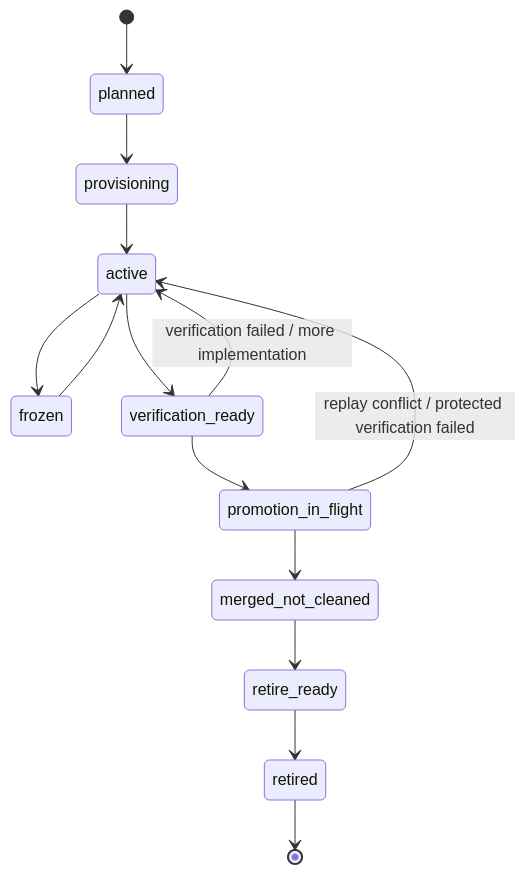
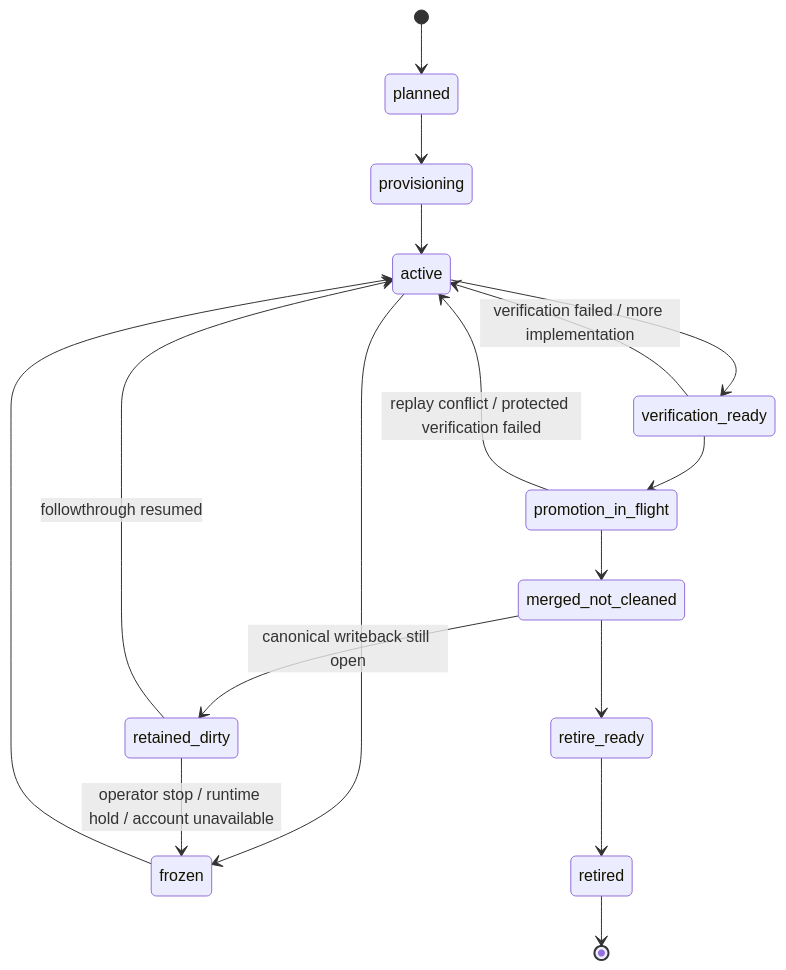
One commit to chatterzhao/freely changed the sixth of 12 diagrams in docs/system/workspace/three-loop-capability-lifecycle.md. Above: the diagram before and after it, drawn with Mermaid. The commit also changed other lines of this file, not shown here.

Commit message:
docs: align three-loop flow with dogfood routing

````diff
--- a/docs/system/workspace/three-loop-capability-lifecycle.md
+++ b/docs/system/workspace/three-loop-capability-lifecycle.md
@@ -140,20 +182,23 @@
 ```mermaid
 stateDiagram-v2
     [*] --> planned
     planned --> provisioning
     provisioning --> active
 
     active --> frozen
     frozen --> active
 
     active --> verification_ready
     verification_ready --> active: verification failed / more implementation
     verification_ready --> promotion_in_flight
 
     promotion_in_flight --> active: replay conflict / protected verification failed
     promotion_in_flight --> merged_not_cleaned
 
+    merged_not_cleaned --> retained_dirty: canonical writeback still open
+    retained_dirty --> active: followthrough resumed
+    retained_dirty --> frozen: operator stop / runtime hold / account unavailable
     merged_not_cleaned --> retire_ready
     retire_ready --> retired
     retired --> [*]
 ```
````
